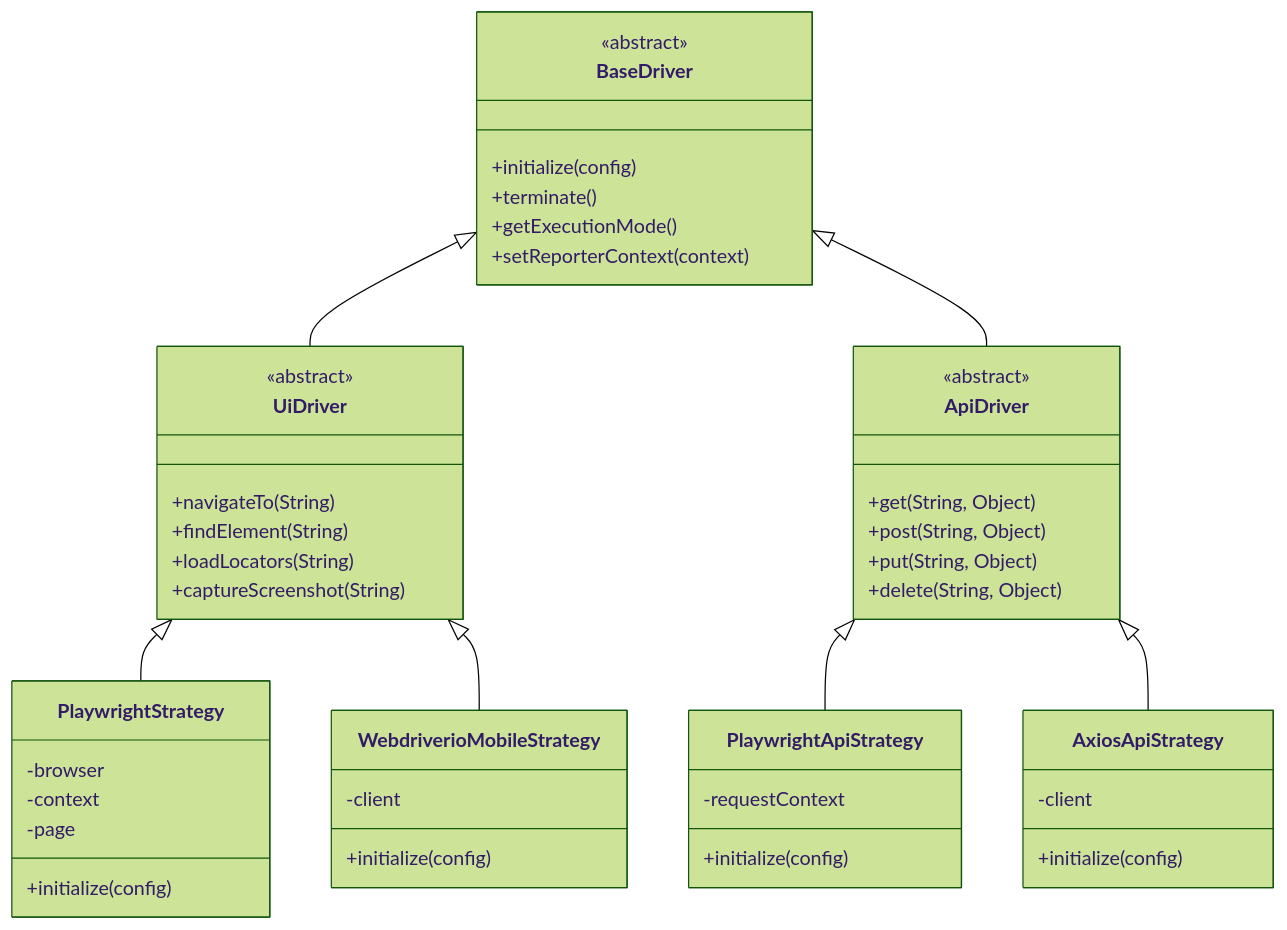
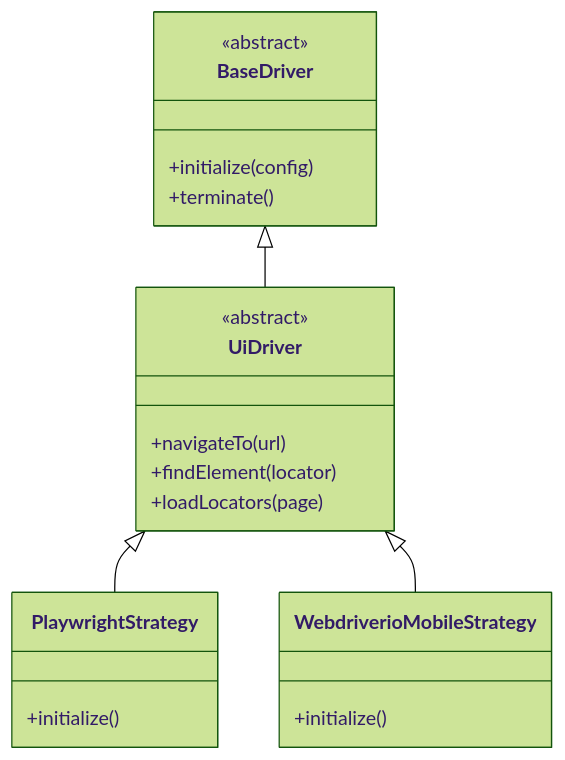
Before and after one commit to vinipx/taflex-js-modular: the second of 2 diagrams in docs/docs/architecture/overview.md, drawn with Mermaid (forest theme). The commit also changed other lines of this file and 15 other files, not shown here.

First line of the commit message:
docs: enhance modular architecture and scaffolding documentation

````diff
--- a/docs/docs/architecture/overview.md
+++ b/docs/docs/architecture/overview.md
@@ -89,55 +99,24 @@
 ```mermaid
 classDiagram
     class BaseDriver {
         <<abstract>>
         +initialize(config)
         +terminate()
-        +getExecutionMode()
-        +setReporterContext(context)
     }
-
     class UiDriver {
         <<abstract>>
-        +navigateTo(String)
-        +findElement(String)
-        +loadLocators(String)
-        +captureScreenshot(String)
+        +navigateTo(url)
+        +findElement(locator)
+        +loadLocators(page)
     }
-
-    class ApiDriver {
-        <<abstract>>
-        +get(String, Object)
-        +post(String, Object)
-        +put(String, Object)
-        +delete(String, Object)
+    class PlaywrightStrategy {
+        +initialize()
     }
-
-    class PlaywrightStrategy {
-        -browser
-        -context
-        -page
-        +initialize(config)
-    }
-
-    class PlaywrightApiStrategy {
-        -requestContext
-        +initialize(config)
-    }
-
     class WebdriverioMobileStrategy {
-        -client
-        +initialize(config)
-    }
-
-    class AxiosApiStrategy {
-        -client
-        +initialize(config)
+        +initialize()
     }
 
     BaseDriver <|-- UiDriver
-    BaseDriver <|-- ApiDriver
     UiDriver <|-- PlaywrightStrategy
     UiDriver <|-- WebdriverioMobileStrategy
-    ApiDriver <|-- PlaywrightApiStrategy
-    ApiDriver <|-- AxiosApiStrategy
 ```
````
